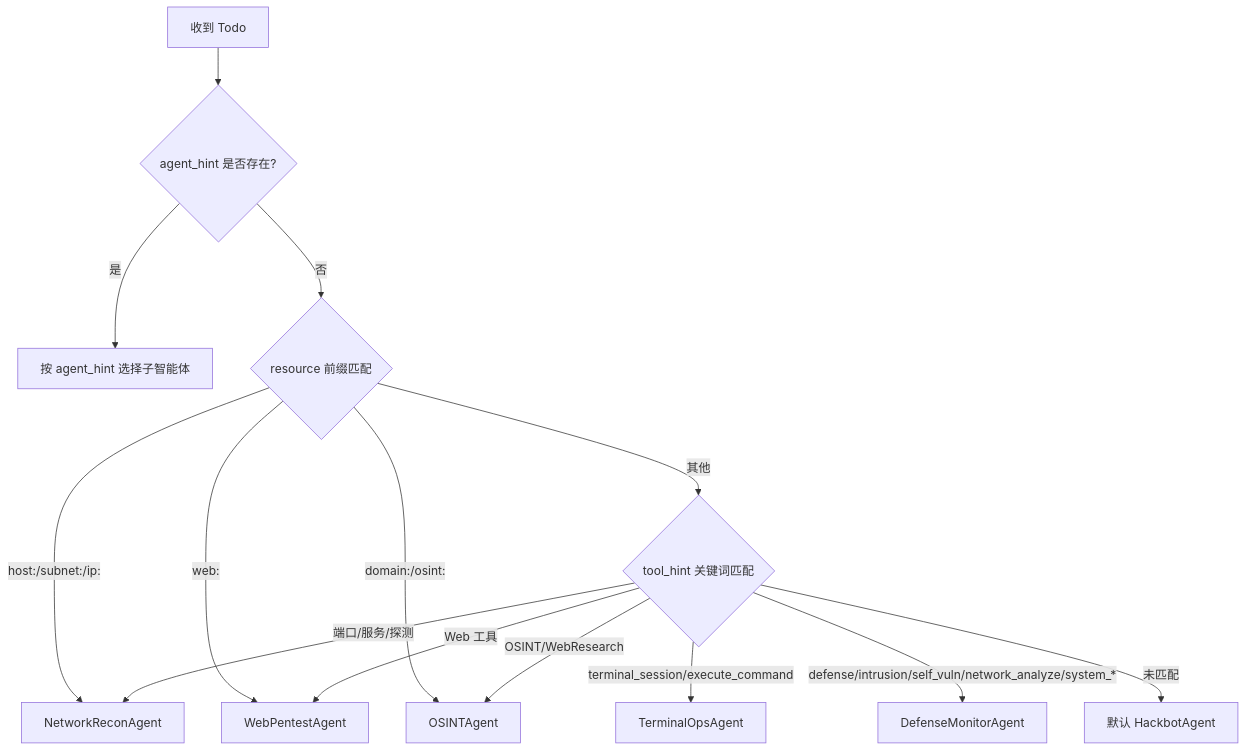
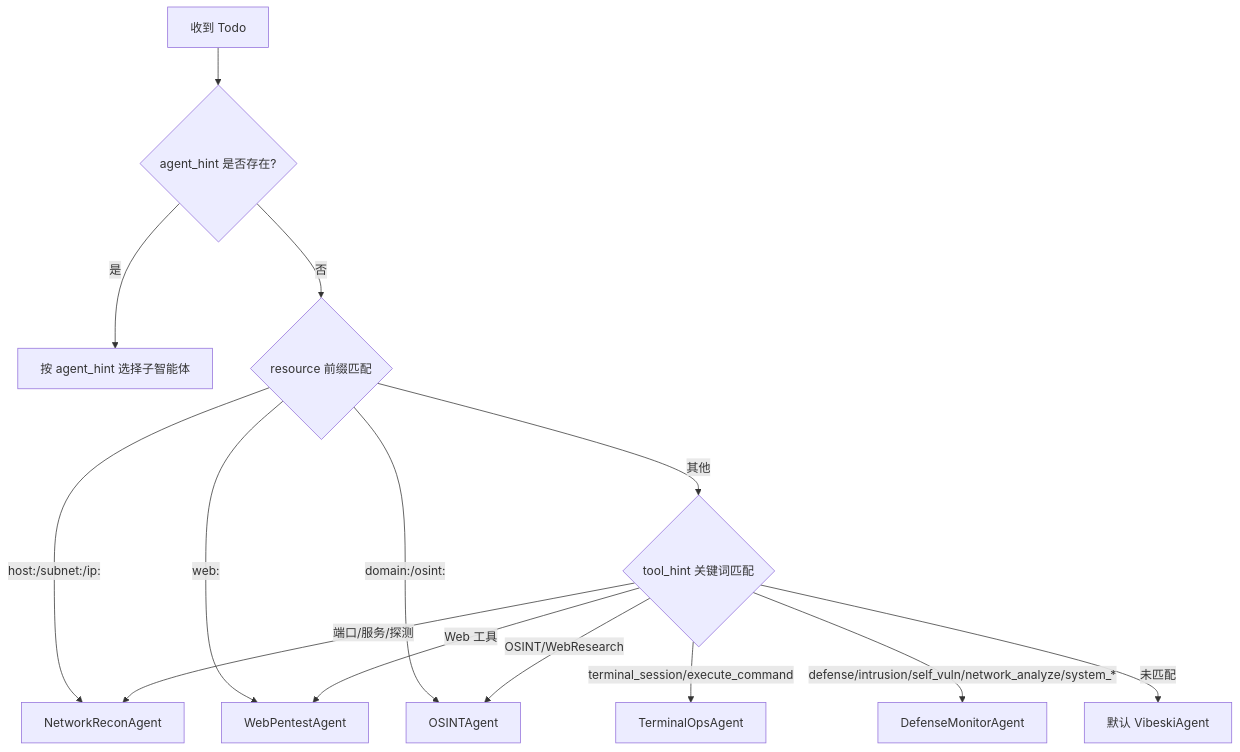
One commit to crabin/VIBESKI changed the eighth of 10 diagrams in .qoder/repowiki/zh/content/智能体系统/专用智能体.md. Above: the diagram before and after it, drawn with Mermaid. The commit also changed other lines of this file and 170 other files, not shown here.

Commit message:
chore: rename all secbot/hackbot identifiers to vibeski

````diff
--- a/.qoder/repowiki/zh/content/智能体系统/专用智能体.md
+++ b/.qoder/repowiki/zh/content/智能体系统/专用智能体.md
@@ -285,16 +285,16 @@
 ```mermaid
 flowchart TD
 A["收到 Todo"] --> B{"agent_hint 是否存在?"}
 B --> |是| C["按 agent_hint 选择子智能体"]
 B --> |否| D{"resource 前缀匹配"}
 D --> |host:/subnet:/ip:| E["NetworkReconAgent"]
 D --> |web:| F["WebPentestAgent"]
 D --> |domain:/osint:| G["OSINTAgent"]
 D --> |其他| H{"tool_hint 关键词匹配"}
 H --> |端口/服务/探测| E
 H --> |Web 工具| F
 H --> |OSINT/WebResearch| G
 H --> |terminal_session/execute_command| I["TerminalOpsAgent"]
 H --> |defense/intrusion/self_vuln/network_analyze/system_*| J["DefenseMonitorAgent"]
-H --> |未匹配| K["默认 HackbotAgent"]
+H --> |未匹配| K["默认 VibeskiAgent"]
 ```
````
